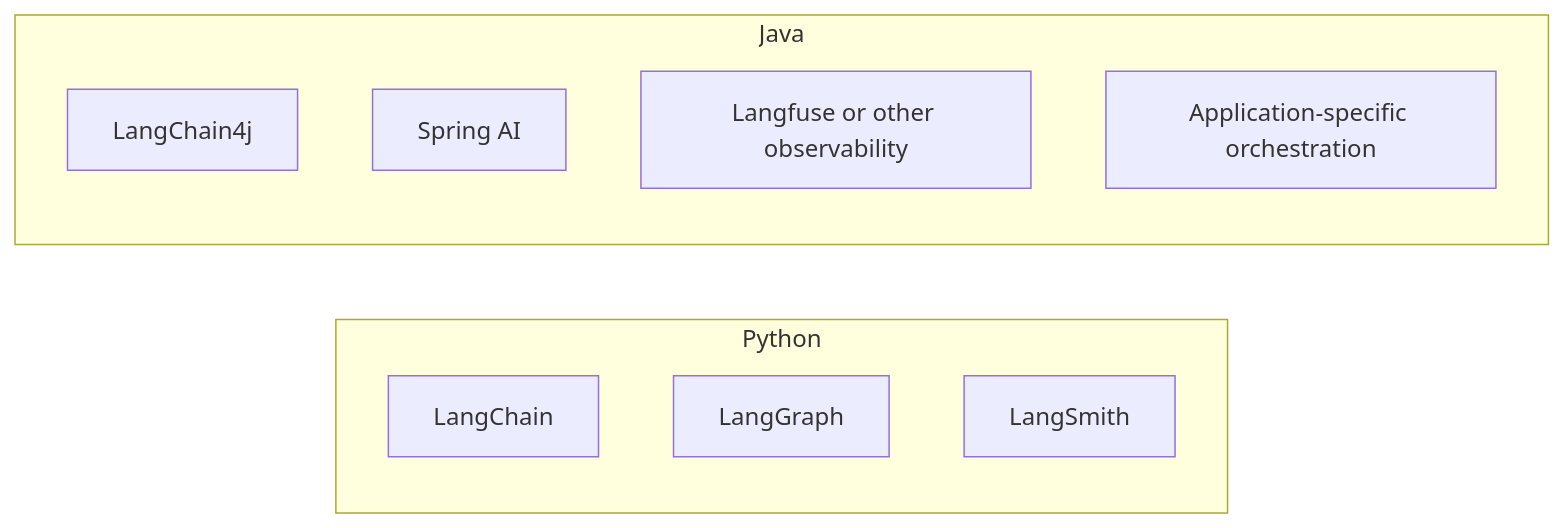
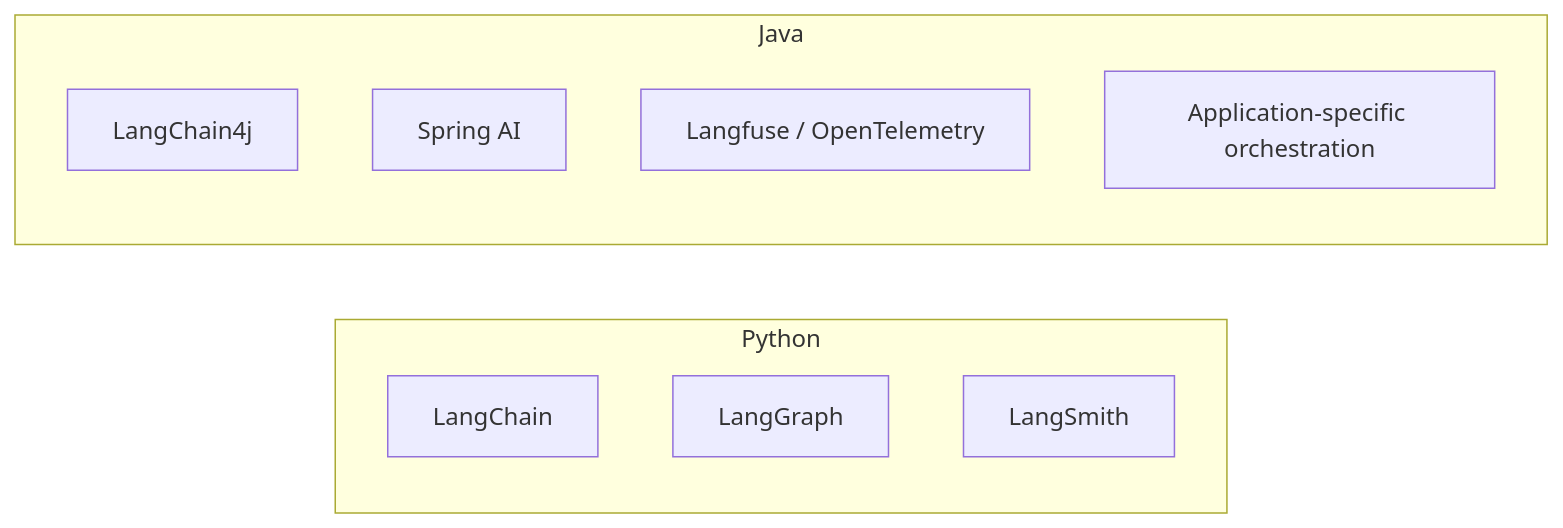
The third of 3 diagrams in workshops/002-building-ai-chat-agents-java/slides/slides.md (mimeonline/meierhoff-systems-lab), drawn with Mermaid before and after one commit. The commit also changed other lines of this file, not shown here.

````diff
--- a/workshops/002-building-ai-chat-agents-java/slides/slides.md
+++ b/workshops/002-building-ai-chat-agents-java/slides/slides.md
@@ -381,15 +591,15 @@
 ```mermaid {scale: 0.8}
 flowchart LR
   subgraph PYTHON[Python]
     LC[LangChain]
     LG[LangGraph]
     LS[LangSmith]
   end
 
   subgraph JAVA[Java]
     LC4J[LangChain4j]
     SAI[Spring AI]
-    OBS[Langfuse or other observability]
+    OBS[Langfuse / OpenTelemetry]
     APP[Application-specific orchestration]
   end
 ```
````
